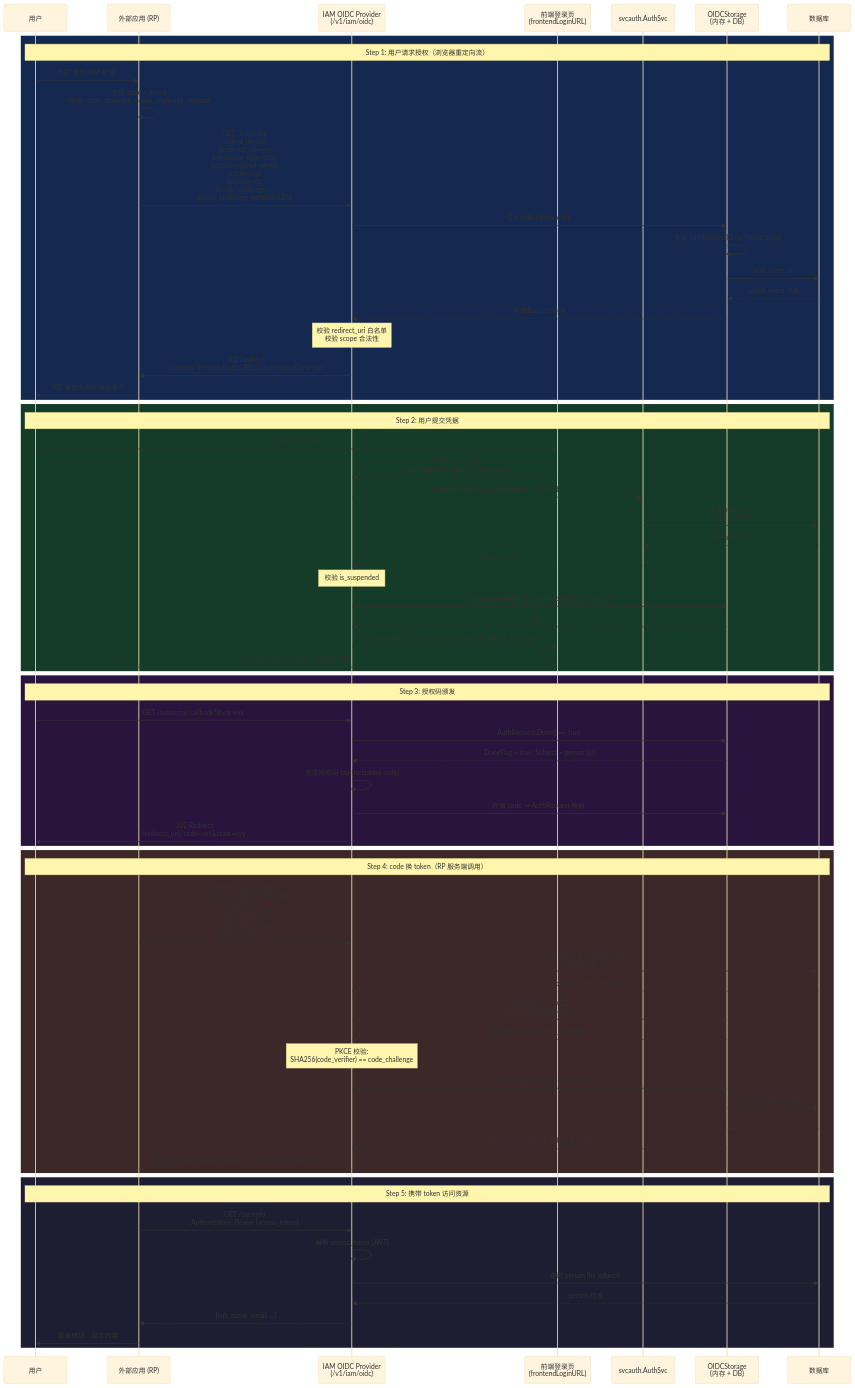
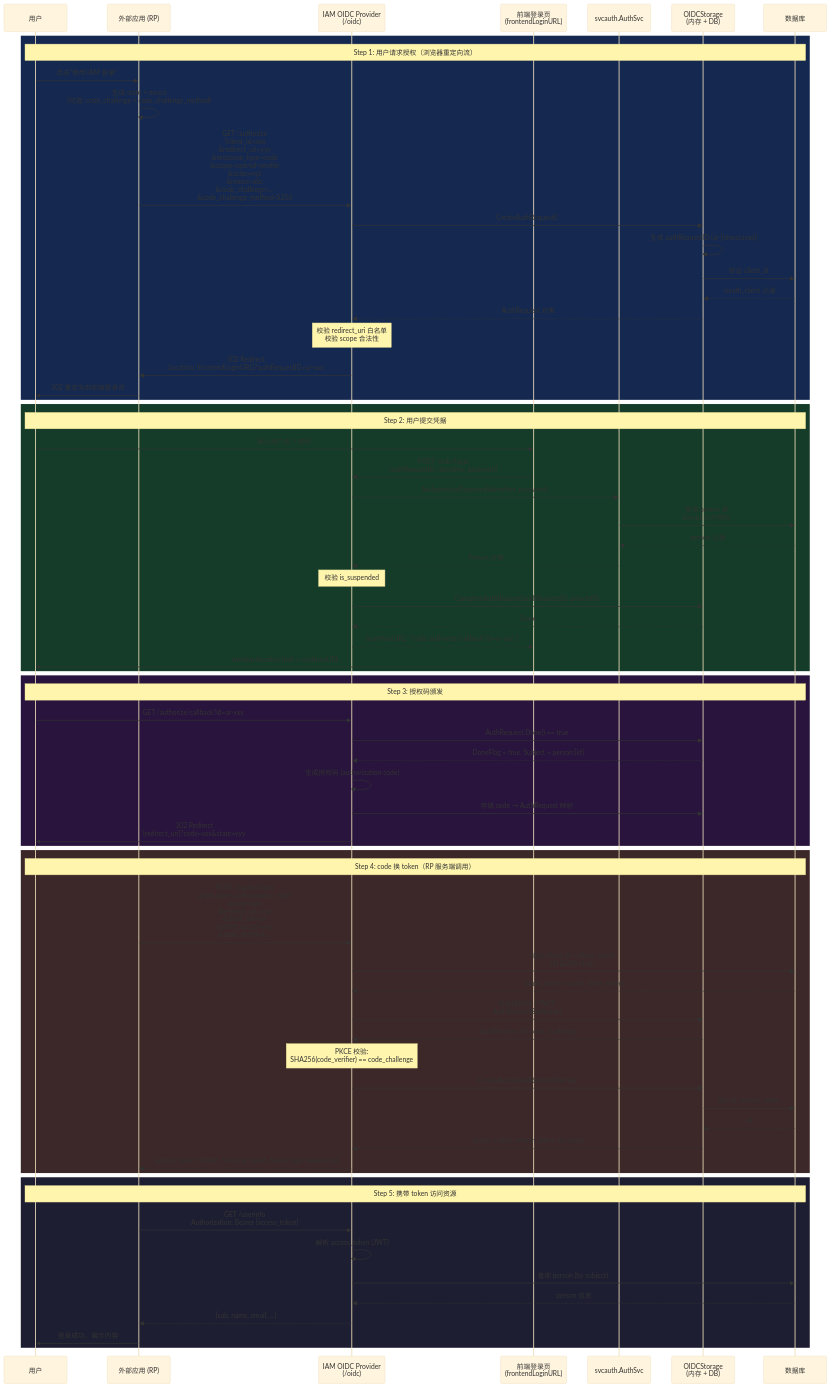
Before and after one commit to morehao/ark-iam: the ninth of 11 diagrams in docs/iam-login-flow.md, drawn with Mermaid (base theme). The commit also changed other lines of this file and 5 other files, not shown here.

Commit message:
chore(oidc): sweep stale /v1/iam/oidc references from env configs and integration docs

````diff
--- a/docs/iam-login-flow.md
+++ b/docs/iam-login-flow.md
@@ -656,75 +656,75 @@
 ```mermaid
 sequenceDiagram
     participant User as 用户
     participant RP as 外部应用 (RP)
-    participant IAM_OP as IAM OIDC Provider<br/>(/v1/iam/oidc)
+    participant IAM_OP as IAM OIDC Provider<br/>(/oidc)
     participant Frontend as 前端登录页<br/>(frontendLoginURL)
     participant AuthSvc as svcauth.AuthSvc
     participant Storage as OIDCStorage<br/>(内存 + DB)
     participant DB as 数据库
 
     rect rgb(20, 40, 80)
         Note over User,DB: Step 1: 用户请求授权（浏览器重定向流）
         User->>RP: 点击"使用 IAM 登录"
         RP->>RP: 生成 state + nonce<br/>(可选: code_challenge + code_challenge_method)
         RP->>IAM_OP: GET /authorize<br/>?client_id=xxx<br/>&redirect_uri=yyy<br/>&response_type=code<br/>&scope=openid+profile<br/>&state=xyz<br/>&nonce=abc<br/>&code_challenge=...<br/>&code_challenge_method=S256
         IAM_OP->>Storage: CreateAuthRequest()
         Storage->>Storage: 生成 authRequestID (ar-{timestamp})
         Storage->>DB: 验证 client_id
         DB-->>Storage: oauth_client 记录
         Storage-->>IAM_OP: AuthRequest 对象
         Note over IAM_OP: 校验 redirect_uri 白名单<br/>校验 scope 合法性
         IAM_OP->>RP: 302 Redirect<br/>Location: {frontendLoginURL}?authRequestID=ar-xxx
         RP->>User: 302 重定向到前端登录页
     end
 
     rect rgb(20, 60, 40)
         Note over User,DB: Step 2: 用户提交凭据
         User->>Frontend: 输入用户名 + 密码
         Frontend->>IAM_OP: POST /oidc/login<br/>{authRequestID, identifier, password}
         IAM_OP->>AuthSvc: AuthenticatePassword(identifier, password)
         AuthSvc->>DB: 查询 person 表<br/>bcrypt 比对密码
         DB-->>AuthSvc: person 记录
         AuthSvc-->>IAM_OP: Person 对象
         Note over IAM_OP: 校验 is_suspended
         IAM_OP->>Storage: CompleteAuthRequest(authRequestID, personID)
         Storage-->>IAM_OP: Done
-        IAM_OP-->>Frontend: {continueURL: "/v1/iam/oidc/authorize/callback?id=ar-xxx"}
+        IAM_OP-->>Frontend: {continueURL: "/oidc/authorize/callback?id=ar-xxx"}
         Frontend->>User: window.location.href = continueURL
     end
 
     rect rgb(40, 20, 60)
         Note over User,DB: Step 3: 授权码颁发
         User->>IAM_OP: GET /authorize/callback?id=ar-xxx
         IAM_OP->>Storage: AuthRequest.Done() == true
         Storage-->>IAM_OP: DoneFlag = true, Subject = person:{id}
         IAM_OP->>IAM_OP: 生成授权码 (authorization code)
         IAM_OP->>Storage: 存储 code → AuthRequest 映射
         IAM_OP->>User: 302 Redirect<br/>{redirect_uri}?code=xxx&state=yyy
     end
 
     rect rgb(60, 40, 40)
         Note over User,DB: Step 4: code 换 token（RP 服务端调用）
         RP->>IAM_OP: POST /oauth/token<br/>grant_type=authorization_code<br/>&code=xxx<br/>&redirect_uri=yyy<br/>&client_id=xxx<br/>&client_secret=yyy<br/>&code_verifier=...
         IAM_OP->>DB: 验证 client_id + client_secret<br/>(SHA256 比对)
         DB-->>IAM_OP: oauth_client + oauth_client_secret
         IAM_OP->>Storage: 验证授权码 + PKCE<br/>AuthRequestById(code)
         Storage-->>IAM_OP: AuthRequest (含 code_challenge)
         Note over IAM_OP: PKCE 校验:<br/>SHA256(code_verifier) == code_challenge
         IAM_OP->>Storage: CreateAccessAndRefreshTokens()
         Storage->>DB: 持久化 refresh_token
         DB-->>Storage: ok
         Storage-->>IAM_OP: access_token, refresh_token, id_token
         IAM_OP-->>RP: {access_token, refresh_token, id_token, token_type, expires_in}
     end
 
     rect rgb(30, 30, 50)
         Note over User,DB: Step 5: 携带 token 访问资源
         RP->>IAM_OP: GET /userinfo<br/>Authorization: Bearer {access_token}
         IAM_OP->>IAM_OP: 解析 access_token (JWT)
         IAM_OP->>DB: 查询 person (by subject)
         DB-->>IAM_OP: person 信息
         IAM_OP-->>RP: {sub, name, email, ...}
         RP->>User: 登录成功，展示内容
     end
 ```
````
